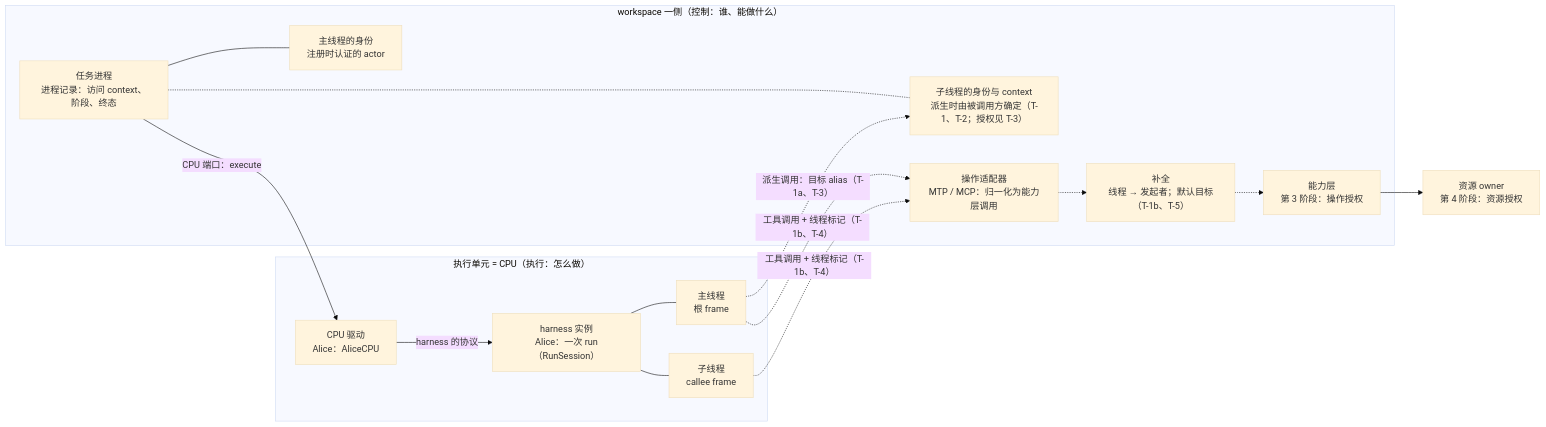
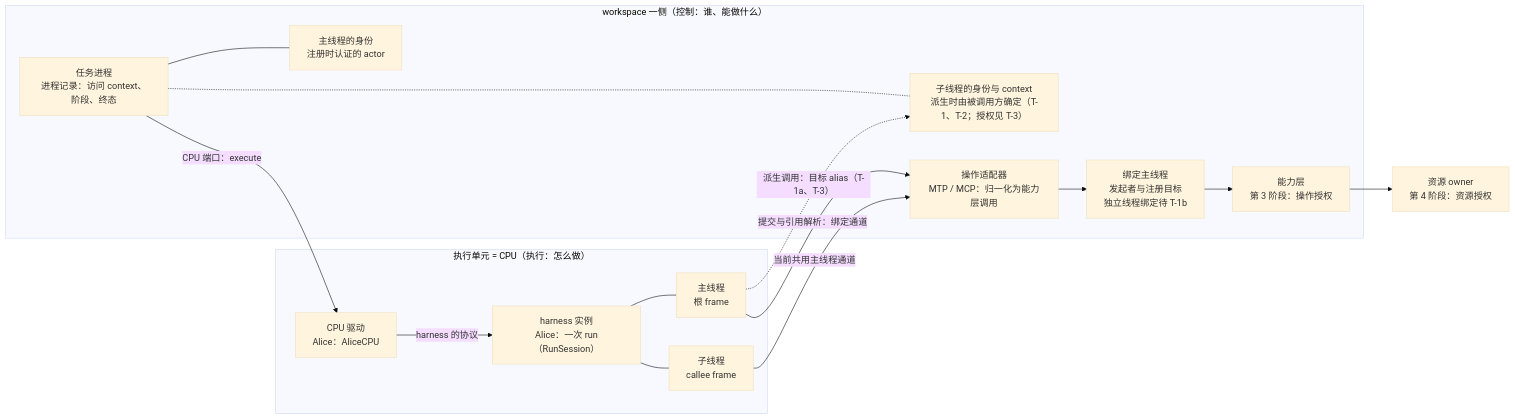
Before and after one commit to artemis03976/HiveMemory: the diagram in docs/ideas/execution-unit-thread-and-environment.md, drawn with Mermaid (base theme). The commit also changed other lines of this file and 151 other files, not shown here.

````diff
--- a/docs/ideas/execution-unit-thread-and-environment.md
+++ b/docs/ideas/execution-unit-thread-and-environment.md
@@ -120,29 +122,29 @@
 ```mermaid
 flowchart LR
     subgraph WS["workspace 一侧（控制：谁、能做什么）"]
         PR["任务进程<br/>进程记录：访问 context、阶段、终态"]
         TM["主线程的身份<br/>注册时认证的 actor"]
         TC["子线程的身份与 context<br/>派生时由被调用方确定（T-1、T-2；授权见 T-3）"]
         OA["操作适配器<br/>MTP / MCP：归一化为能力层调用"]
-        FILL["补全<br/>线程 → 发起者；默认目标（T-1b、T-5）"]
+        FILL["绑定主线程<br/>发起者与注册目标<br/>独立线程绑定待 T-1b"]
         CAP["能力层<br/>第 3 阶段：操作授权"]
     end
     subgraph EU["执行单元 = CPU（执行：怎么做）"]
         DRV["CPU 驱动<br/>Alice：AliceCPU"]
         RUN["harness 实例<br/>Alice：一次 run（RunSession）"]
         TH0["主线程<br/>根 frame"]
         TH1["子线程<br/>callee frame"]
     end
     PR -- "CPU 端口：execute" --> DRV
     DRV -- "harness 的协议" --> RUN
     RUN --- TH0
     RUN --- TH1
     PR --- TM
     PR -.- TC
-    TH0 -. "工具调用 + 线程标记（T-1b、T-4）" .-> OA
-    TH1 -. "工具调用 + 线程标记（T-1b、T-4）" .-> OA
+    TH0 -- "提交与引用解析：绑定通道" --> OA
+    TH1 -- "当前共用主线程通道" --> OA
     TH0 -. "派生调用：目标 alias（T-1a、T-3）" .-> TC
-    OA -.-> FILL
-    FILL -.-> CAP
+    OA --> FILL
+    FILL --> CAP
     CAP --> RES["资源 owner<br/>第 4 阶段：资源授权"]
 ```
````
